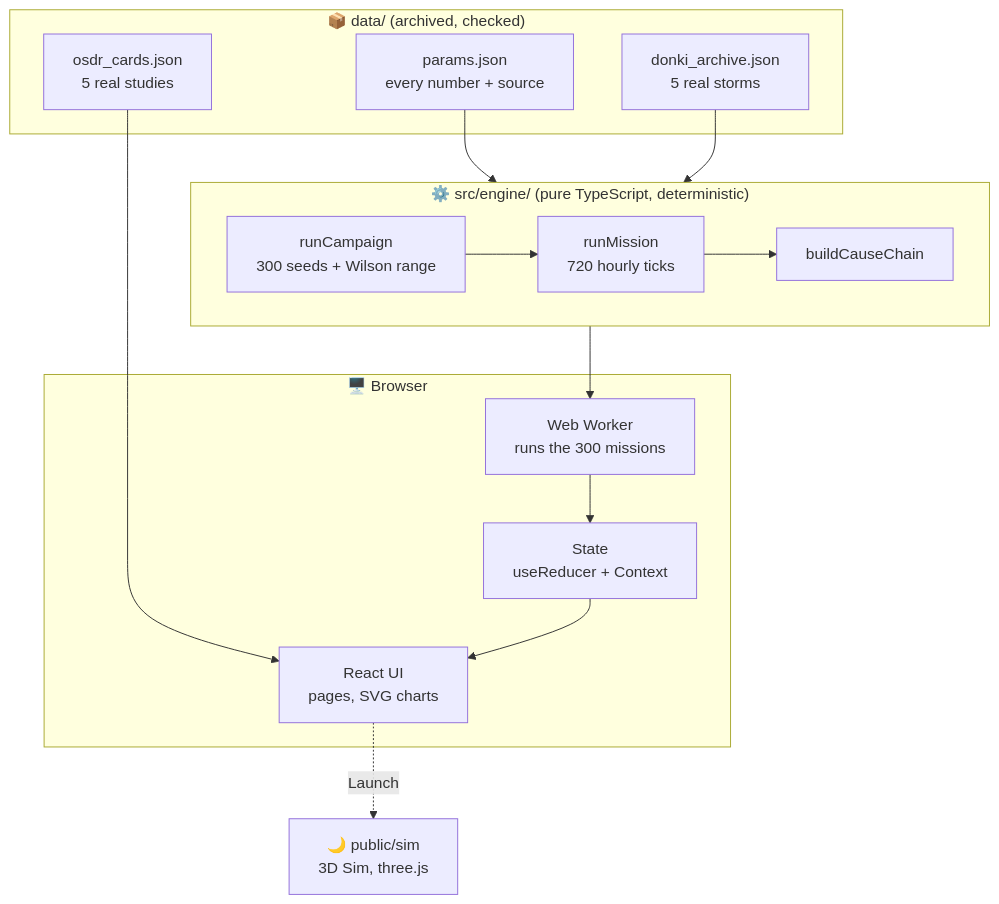
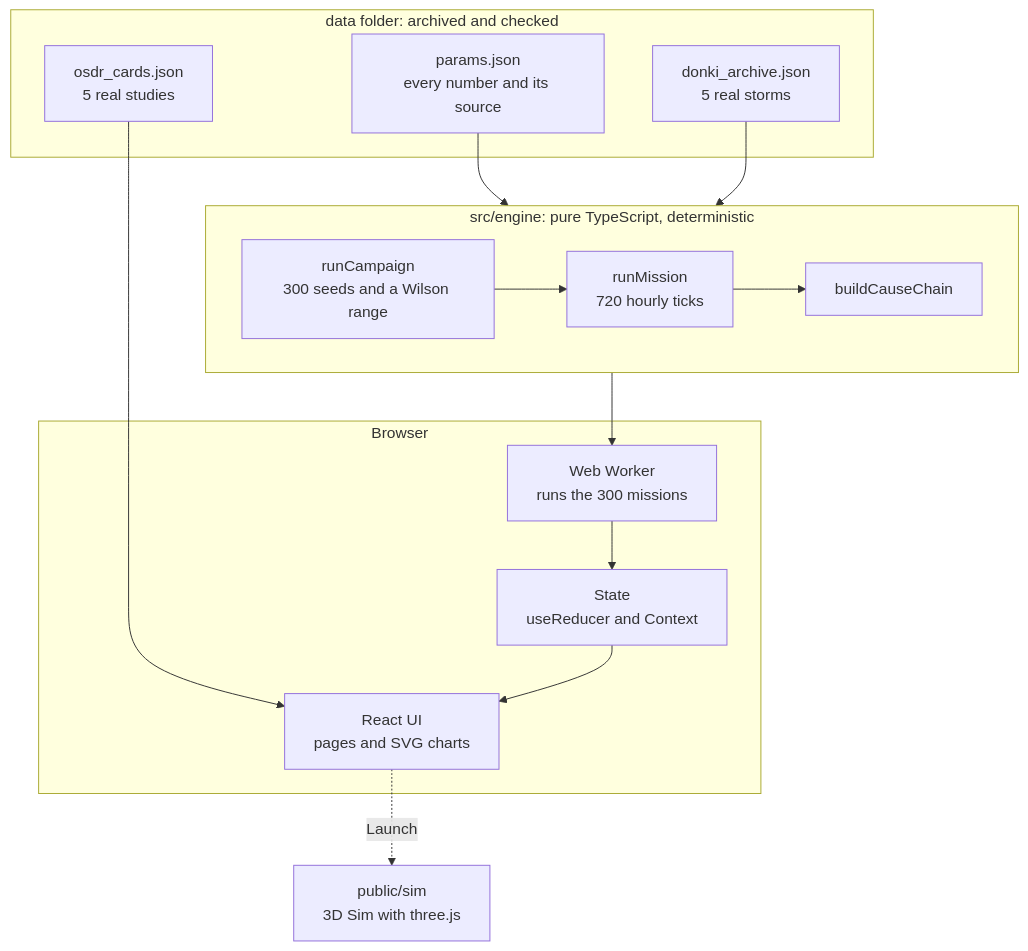
The fourth of 4 diagrams in README.md (jaineesh-kumar/NASA_APP_Challenge), drawn with Mermaid before and after one commit. The commit also changed other lines of this file, not shown here.

Commit message:
docs(readme): plain-text flowchart labels so GitHub renders every chart

````diff
--- a/README.md
+++ b/README.md
@@ -246,26 +246,28 @@
 ```mermaid
 flowchart TB
-    subgraph DATA["📦 data/ (archived, checked)"]
-        P[params.json<br/>every number + source]
-        D[donki_archive.json<br/>5 real storms]
-        O[osdr_cards.json<br/>5 real studies]
+    subgraph DATA["data folder: archived and checked"]
+        P["params.json<br/>every number and its source"]
+        D["donki_archive.json<br/>5 real storms"]
+        O["osdr_cards.json<br/>5 real studies"]
     end
-    subgraph ENGINE["⚙️ src/engine/ (pure TypeScript, deterministic)"]
-        SIM[runMission<br/>720 hourly ticks]
-        MC[runCampaign<br/>300 seeds + Wilson range]
-        REV[buildCauseChain]
+    subgraph ENGINE["src/engine: pure TypeScript, deterministic"]
+        SIM["runMission<br/>720 hourly ticks"]
+        MC["runCampaign<br/>300 seeds and a Wilson range"]
+        REV["buildCauseChain"]
     end
-    subgraph APP["🖥️ Browser"]
-        W[Web Worker<br/>runs the 300 missions]
-        ST[State<br/>useReducer + Context]
-        UI[React UI<br/>pages, SVG charts]
+    subgraph APP["Browser"]
+        W["Web Worker<br/>runs the 300 missions"]
+        ST["State<br/>useReducer and Context"]
+        UI["React UI<br/>pages and SVG charts"]
     end
-    SIM3D[🌙 public/sim<br/>3D Sim, three.js]
+    SIM3D["public/sim<br/>3D Sim with three.js"]
     P --> ENGINE
     D --> ENGINE
     O --> UI
     MC --> SIM
     SIM --> REV
-    ENGINE --> W --> ST --> UI
-    UI -. Launch .-> SIM3D
+    ENGINE --> W
+    W --> ST
+    ST --> UI
+    UI -. "Launch" .-> SIM3D
 ```
````
